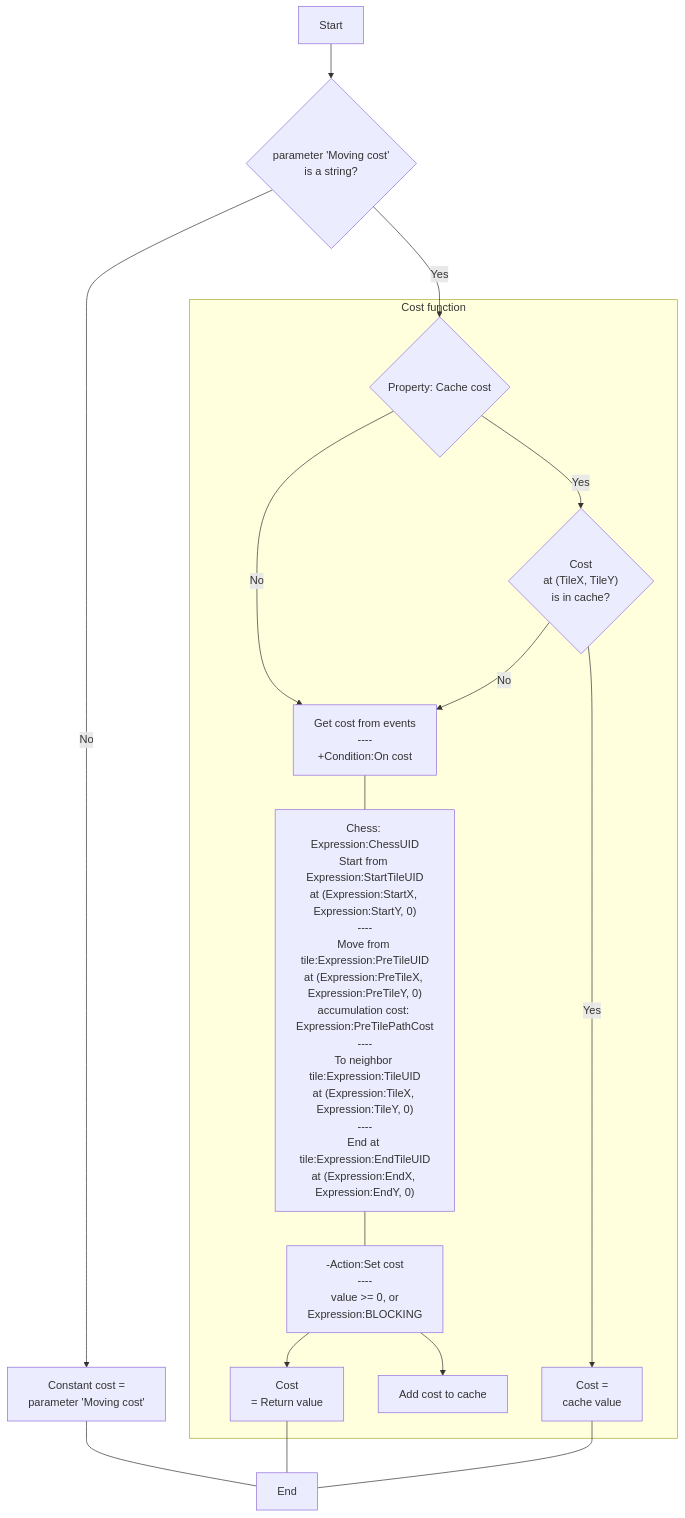
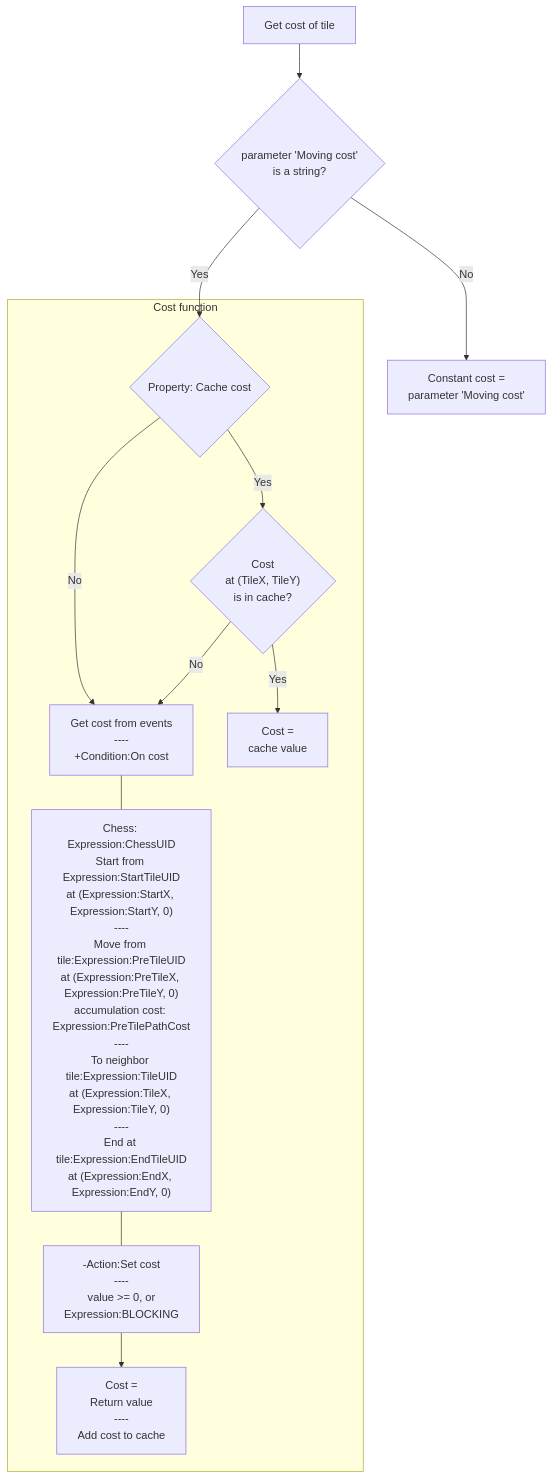
The fifth of 6 diagrams in plugins.md/rex_slg_movement.md (rexrainbow/C2RexDoc), drawn with Mermaid before and after one commit. The commit also changed other lines of this file and 9 other files, not shown here.

````diff
--- a/plugins.md/rex_slg_movement.md
+++ b/plugins.md/rex_slg_movement.md
@@ -176,23 +172,18 @@
 ```mermaid
 graph TB
 
-Start --> GetCost{"parameter 'Moving cost'<br>is a string?"}
+Start[Get cost of tile] --> GetCost{"parameter 'Moving cost'<br>is a string?"}
 GetCost --> |No| ConstCost["Constant cost =<br>parameter 'Moving cost'"]
-ConstCost --- End
 GetCost --> |Yes| CacheCost{Property: Cache cost} 
 
 subgraph Cost function
 CacheCost --> |No| CondOnCost["Get cost from events<br>----<br>+Condition:On cost"]
 CacheCost --> |Yes| CostInCache{"Cost<br>at (TileX, TileY)<br> is in cache?"}
 CostInCache --> |No| CondOnCost
 CostInCache --> |Yes| CacheValue[Cost =<br>cache value]
 
 CondOnCost --- ExpCost["Chess: Expression:ChessUID<br>Start from Expression:StartTileUID<br>at (Expression:StartX, Expression:StartY, 0)<br>----<br>Move from tile:Expression:PreTileUID<br>at (Expression:PreTileX, Expression:PreTileY, 0)<br>accumulation cost: Expression:PreTilePathCost<br>----<br>To neighbor tile:Expression:TileUID<br>at (Expression:TileX, Expression:TileY, 0)<br>----<br>End at tile:Expression:EndTileUID<br>at (Expression:EndX, Expression:EndY, 0)"]
 ExpCost --- SetCost["-Action:Set cost<br>----<br>value >= 0, or<br>Expression:BLOCKING"]
-SetCost --> RetCost["Cost<br>= Return value"]
-SetCost --> AddToCache["Add cost to cache"]
+SetCost --> RetCost["Cost =<br>Return value<br>----<br>Add cost to cache"]
 end
-
-RetCost --- End
-CacheValue --- End
 ```
````
